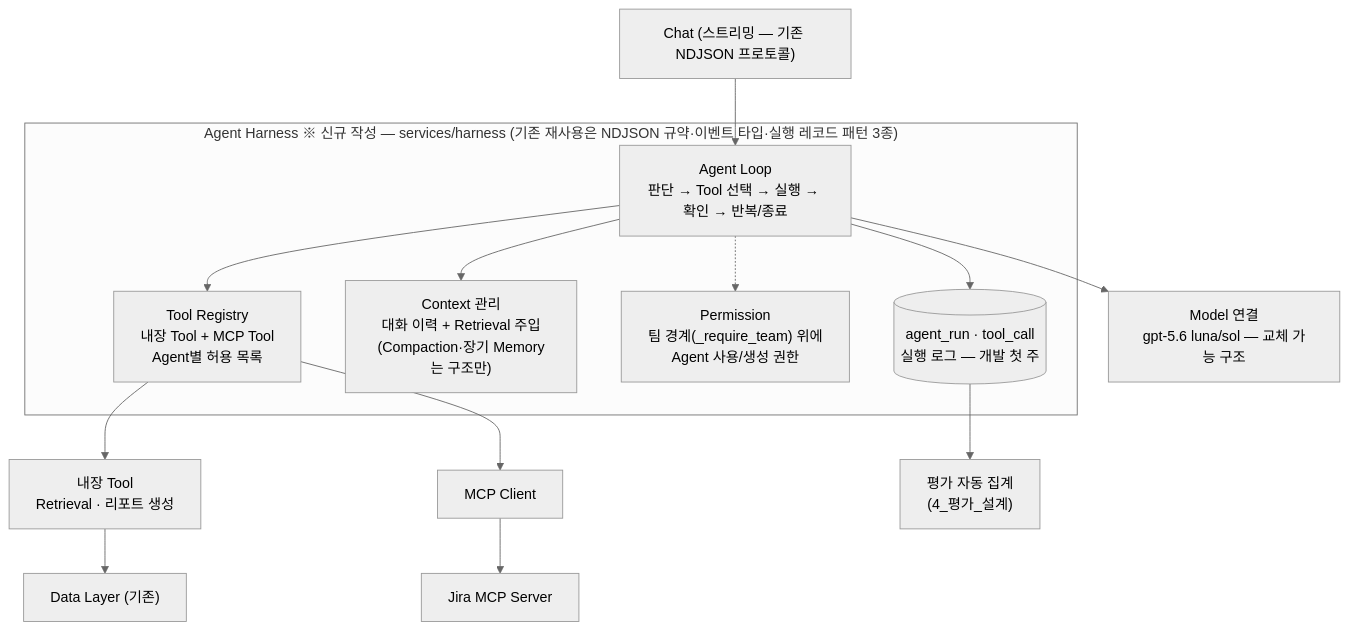
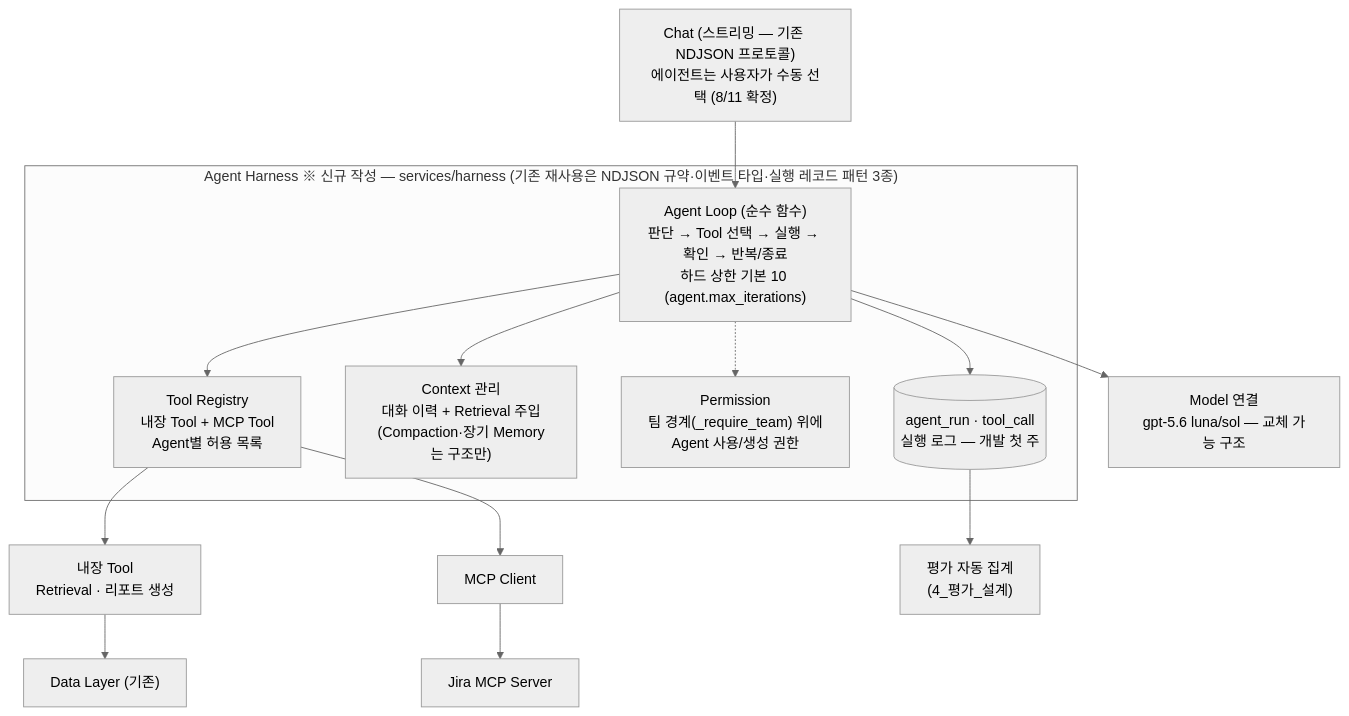
The fifth of 7 diagrams in docs/TO-BE/6_시각화.md (SKNETWORKS-FAMILY-AICAMP/SKN29-FINAL-2TEAM), drawn with Mermaid (neutral theme) before and after one commit. The commit also changed 4 other files, not shown here.

````diff
--- a/docs/TO-BE/6_시각화.md
+++ b/docs/TO-BE/6_시각화.md
@@ -88,24 +88,24 @@
 ```mermaid
 flowchart TD
-    chat["Chat (스트리밍 — 기존 NDJSON 프로토콜)"] --> loop
+    chat["Chat (스트리밍 — 기존 NDJSON 프로토콜)<br/>에이전트는 사용자가 수동 선택 (8/11 확정)"] --> loop
 
     subgraph harness["Agent Harness  ※ 신규 작성 — services/harness (기존 재사용은 NDJSON 규약·이벤트 타입·실행 레코드 패턴 3종)"]
-        loop["Agent Loop<br/>판단 → Tool 선택 → 실행 → 확인 → 반복/종료"]
+        loop["Agent Loop (순수 함수)<br/>판단 → Tool 선택 → 실행 → 확인 → 반복/종료<br/>하드 상한 기본 10 (agent.max_iterations)"]
         reg["Tool Registry<br/>내장 Tool + MCP Tool<br/>Agent별 허용 목록"]
         ctx["Context 관리<br/>대화 이력 + Retrieval 주입<br/>(Compaction·장기 Memory는 구조만)"]
         perm["Permission<br/>팀 경계(_require_team) 위에<br/>Agent 사용/생성 권한"]
         log[("agent_run · tool_call<br/>실행 로그 — 개발 첫 주")]
     end
 
     loop --> reg
     loop --> ctx
     loop -.-> perm
     loop --> log
 
     reg --> builtin["내장 Tool<br/>Retrieval · 리포트 생성"]
     reg --> mcpc["MCP Client"]
     mcpc --> jira["Jira MCP Server"]
     builtin --> data["Data Layer (기존)"]
     loop --> model["Model 연결<br/>gpt-5.6 luna/sol — 교체 가능 구조"]
     log --> eval["평가 자동 집계<br/>(4_평가_설계)"]
 ```
````
